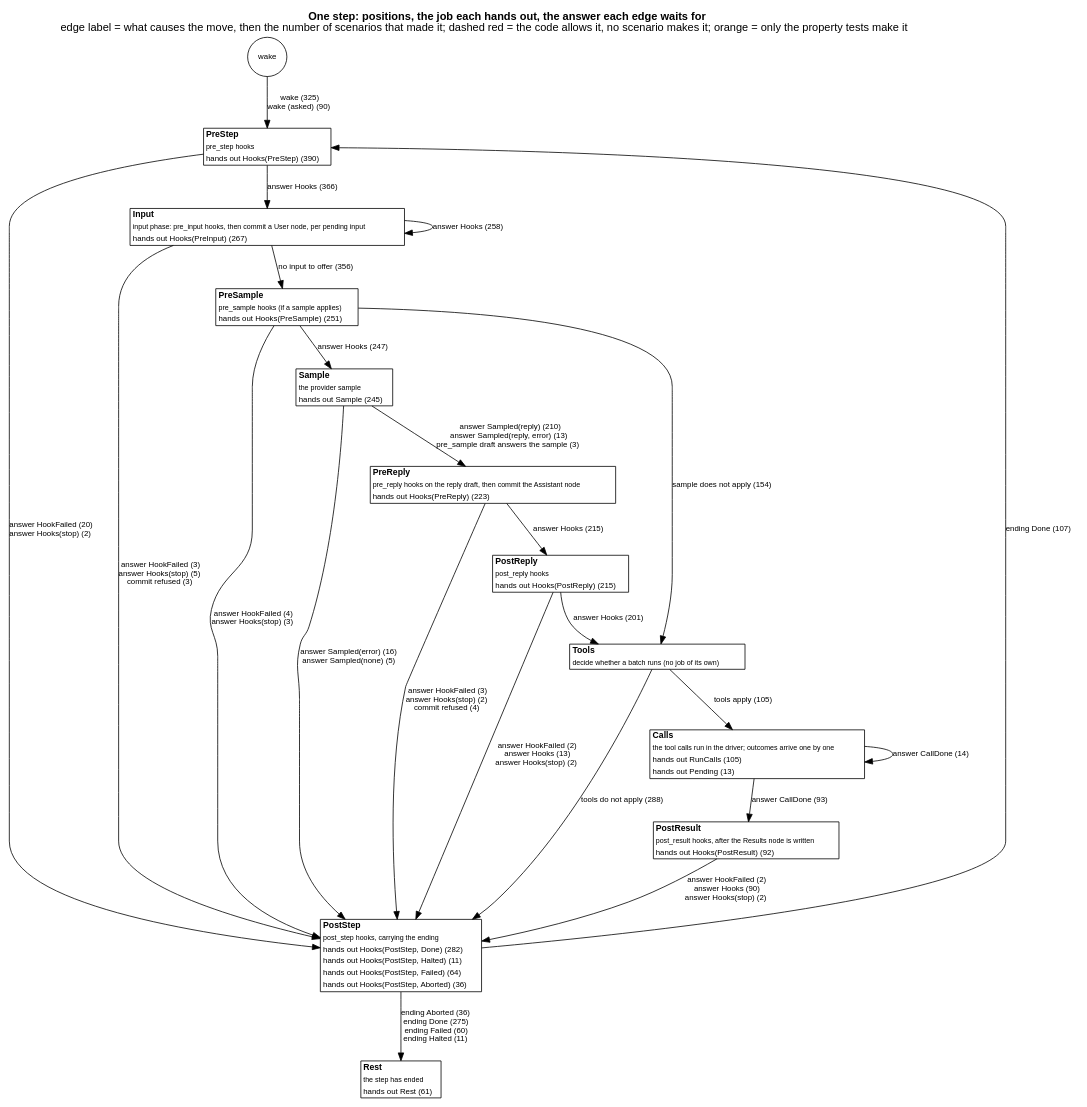
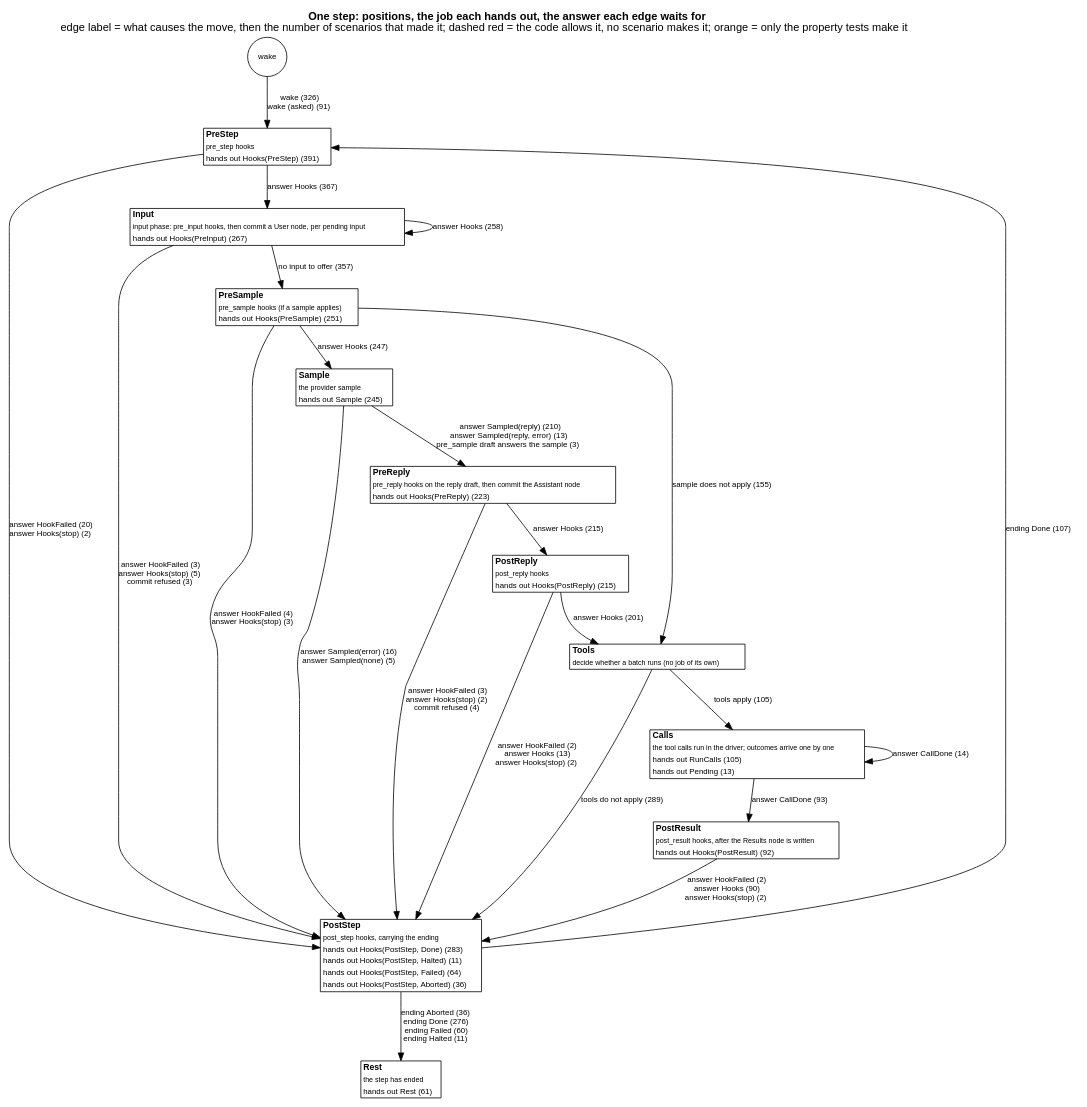
One commit to jmccardle/tau changed the diagram in docs/as-built/diagrams/step-positions.dot. Above: the diagram before and after it, drawn with Graphviz. The commit also changed 19 other files, not shown here.

```diff
--- a/docs/as-built/diagrams/step-positions.dot
+++ b/docs/as-built/diagrams/step-positions.dot
@@ -1,40 +1,40 @@
 // Generated by scripts/diagrams.sh from the test suites' transitions. Do not edit.
 digraph step_positions {
   graph [rankdir=TB, fontname="Helvetica", nodesep=0.5, ranksep=0.6, labelloc=t, label=<<b>One step: positions, the job each hands out, the answer each edge waits for</b><br/>edge label = what causes the move, then the number of scenarios that made it; dashed red = the code allows it, no scenario makes it; orange = only the property tests make it>];
   node [shape=plain, fontname="Helvetica", fontsize=11];
   edge [fontname="Helvetica", fontsize=10];
   "(wake)" [shape=circle, label="wake", fontsize=10];
-  "PreStep" [label=<<table border="1" cellborder="0" cellspacing="0" bgcolor="white"><tr><td align="left"><b>PreStep</b></td></tr><tr><td align="left"><font point-size="9">pre_step hooks</font></td></tr><tr><td align="left"><font color="black" point-size="10">hands out Hooks(PreStep) (390)</font></td></tr></table>>];
+  "PreStep" [label=<<table border="1" cellborder="0" cellspacing="0" bgcolor="white"><tr><td align="left"><b>PreStep</b></td></tr><tr><td align="left"><font point-size="9">pre_step hooks</font></td></tr><tr><td align="left"><font color="black" point-size="10">hands out Hooks(PreStep) (391)</font></td></tr></table>>];
   "Input" [label=<<table border="1" cellborder="0" cellspacing="0" bgcolor="white"><tr><td align="left"><b>Input</b></td></tr><tr><td align="left"><font point-size="9">input phase: pre_input hooks, then commit a User node, per pending input</font></td></tr><tr><td align="left"><font color="black" point-size="10">hands out Hooks(PreInput) (267)</font></td></tr></table>>];
   "PreSample" [label=<<table border="1" cellborder="0" cellspacing="0" bgcolor="white"><tr><td align="left"><b>PreSample</b></td></tr><tr><td align="left"><font point-size="9">pre_sample hooks (if a sample applies)</font></td></tr><tr><td align="left"><font color="black" point-size="10">hands out Hooks(PreSample) (251)</font></td></tr></table>>];
   "Sample" [label=<<table border="1" cellborder="0" cellspacing="0" bgcolor="white"><tr><td align="left"><b>Sample</b></td></tr><tr><td align="left"><font point-size="9">the provider sample</font></td></tr><tr><td align="left"><font color="black" point-size="10">hands out Sample (245)</font></td></tr></table>>];
   "PreReply" [label=<<table border="1" cellborder="0" cellspacing="0" bgcolor="white"><tr><td align="left"><b>PreReply</b></td></tr><tr><td align="left"><font point-size="9">pre_reply hooks on the reply draft, then commit the Assistant node</font></td></tr><tr><td align="left"><font color="black" point-size="10">hands out Hooks(PreReply) (223)</font></td></tr></table>>];
   "PostReply" [label=<<table border="1" cellborder="0" cellspacing="0" bgcolor="white"><tr><td align="left"><b>PostReply</b></td></tr><tr><td align="left"><font point-size="9">post_reply hooks</font></td></tr><tr><td align="left"><font color="black" point-size="10">hands out Hooks(PostReply) (215)</font></td></tr></table>>];
   "Tools" [label=<<table border="1" cellborder="0" cellspacing="0" bgcolor="white"><tr><td align="left"><b>Tools</b></td></tr><tr><td align="left"><font point-size="9">decide whether a batch runs (no job of its own)</font></td></tr></table>>];
   "Calls" [label=<<table border="1" cellborder="0" cellspacing="0" bgcolor="white"><tr><td align="left"><b>Calls</b></td></tr><tr><td align="left"><font point-size="9">the tool calls run in the driver; outcomes arrive one by one</font></td></tr><tr><td align="left"><font color="black" point-size="10">hands out RunCalls (105)</font></td></tr><tr><td align="left"><font color="black" point-size="10">hands out Pending (13)</font></td></tr></table>>];
   "PostResult" [label=<<table border="1" cellborder="0" cellspacing="0" bgcolor="white"><tr><td align="left"><b>PostResult</b></td></tr><tr><td align="left"><font point-size="9">post_result hooks, after the Results node is written</font></td></tr><tr><td align="left"><font color="black" point-size="10">hands out Hooks(PostResult) (92)</font></td></tr></table>>];
-  "PostStep" [label=<<table border="1" cellborder="0" cellspacing="0" bgcolor="white"><tr><td align="left"><b>PostStep</b></td></tr><tr><td align="left"><font point-size="9">post_step hooks, carrying the ending</font></td></tr><tr><td align="left"><font color="black" point-size="10">hands out Hooks(PostStep, Done) (282)</font></td></tr><tr><td align="left"><font color="black" point-size="10">hands out Hooks(PostStep, Halted) (11)</font></td></tr><tr><td align="left"><font color="black" point-size="10">hands out Hooks(PostStep, Failed) (64)</font></td></tr><tr><td align="left"><font color="black" point-size="10">hands out Hooks(PostStep, Aborted) (36)</font></td></tr></table>>];
+  "PostStep" [label=<<table border="1" cellborder="0" cellspacing="0" bgcolor="white"><tr><td align="left"><b>PostStep</b></td></tr><tr><td align="left"><font point-size="9">post_step hooks, carrying the ending</font></td></tr><tr><td align="left"><font color="black" point-size="10">hands out Hooks(PostStep, Done) (283)</font></td></tr><tr><td align="left"><font color="black" point-size="10">hands out Hooks(PostStep, Halted) (11)</font></td></tr><tr><td align="left"><font color="black" point-size="10">hands out Hooks(PostStep, Failed) (64)</font></td></tr><tr><td align="left"><font color="black" point-size="10">hands out Hooks(PostStep, Aborted) (36)</font></td></tr></table>>];
   "Rest" [label=<<table border="1" cellborder="0" cellspacing="0" bgcolor="white"><tr><td align="left"><b>Rest</b></td></tr><tr><td align="left"><font point-size="9">the step has ended</font></td></tr><tr><td align="left"><font color="black" point-size="10">hands out Rest (61)</font></td></tr></table>>];
-  "(wake)" -> "PreStep" [label=<wake (325)<br/>wake (asked) (90)>, color="black", style=solid];
+  "(wake)" -> "PreStep" [label=<wake (326)<br/>wake (asked) (91)>, color="black", style=solid];
   "Calls" -> "Calls" [label=<answer CallDone (14)>, color="black", style=solid];
   "Calls" -> "PostResult" [label=<answer CallDone (93)>, color="black", style=solid];
   "Input" -> "Input" [label=<answer Hooks (258)>, color="black", style=solid];
   "Input" -> "PostStep" [label=<answer HookFailed (3)<br/>answer Hooks(stop) (5)<br/>commit refused (3)>, color="black", style=solid];
-  "Input" -> "PreSample" [label=<no input to offer (356)>, color="black", style=solid];
+  "Input" -> "PreSample" [label=<no input to offer (357)>, color="black", style=solid];
   "PostReply" -> "PostStep" [label=<answer HookFailed (2)<br/>answer Hooks (13)<br/>answer Hooks(stop) (2)>, color="black", style=solid];
   "PostReply" -> "Tools" [label=<answer Hooks (201)>, color="black", style=solid];
   "PostResult" -> "PostStep" [label=<answer HookFailed (2)<br/>answer Hooks (90)<br/>answer Hooks(stop) (2)>, color="black", style=solid];
   "PostStep" -> "PreStep" [label=<ending Done (107)>, color="black", style=solid];
-  "PostStep" -> "Rest" [label=<ending Aborted (36)<br/>ending Done (275)<br/>ending Failed (60)<br/>ending Halted (11)>, color="black", style=solid];
+  "PostStep" -> "Rest" [label=<ending Aborted (36)<br/>ending Done (276)<br/>ending Failed (60)<br/>ending Halted (11)>, color="black", style=solid];
   "PreReply" -> "PostReply" [label=<answer Hooks (215)>, color="black", style=solid];
   "PreReply" -> "PostStep" [label=<answer HookFailed (3)<br/>answer Hooks(stop) (2)<br/>commit refused (4)>, color="black", style=solid];
   "PreSample" -> "PostStep" [label=<answer HookFailed (4)<br/>answer Hooks(stop) (3)>, color="black", style=solid];
   "PreSample" -> "Sample" [label=<answer Hooks (247)>, color="black", style=solid];
-  "PreSample" -> "Tools" [label=<sample does not apply (154)>, color="black", style=solid];
-  "PreStep" -> "Input" [label=<answer Hooks (366)>, color="black", style=solid];
+  "PreSample" -> "Tools" [label=<sample does not apply (155)>, color="black", style=solid];
+  "PreStep" -> "Input" [label=<answer Hooks (367)>, color="black", style=solid];
   "PreStep" -> "PostStep" [label=<answer HookFailed (20)<br/>answer Hooks(stop) (2)>, color="black", style=solid];
   "Sample" -> "PostStep" [label=<answer Sampled(error) (16)<br/>answer Sampled(none) (5)>, color="black", style=solid];
   "Sample" -> "PreReply" [label=<answer Sampled(reply) (210)<br/>answer Sampled(reply, error) (13)<br/>pre_sample draft answers the sample (3)>, color="black", style=solid];
   "Tools" -> "Calls" [label=<tools apply (105)>, color="black", style=solid];
-  "Tools" -> "PostStep" [label=<tools do not apply (288)>, color="black", style=solid];
+  "Tools" -> "PostStep" [label=<tools do not apply (289)>, color="black", style=solid];
 }
```
